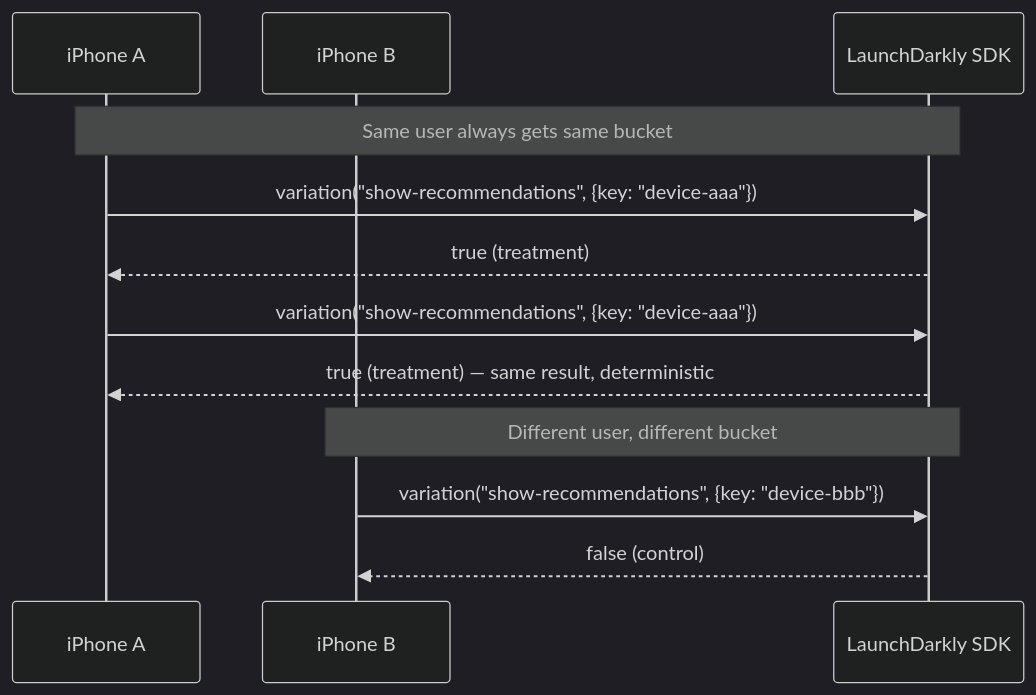
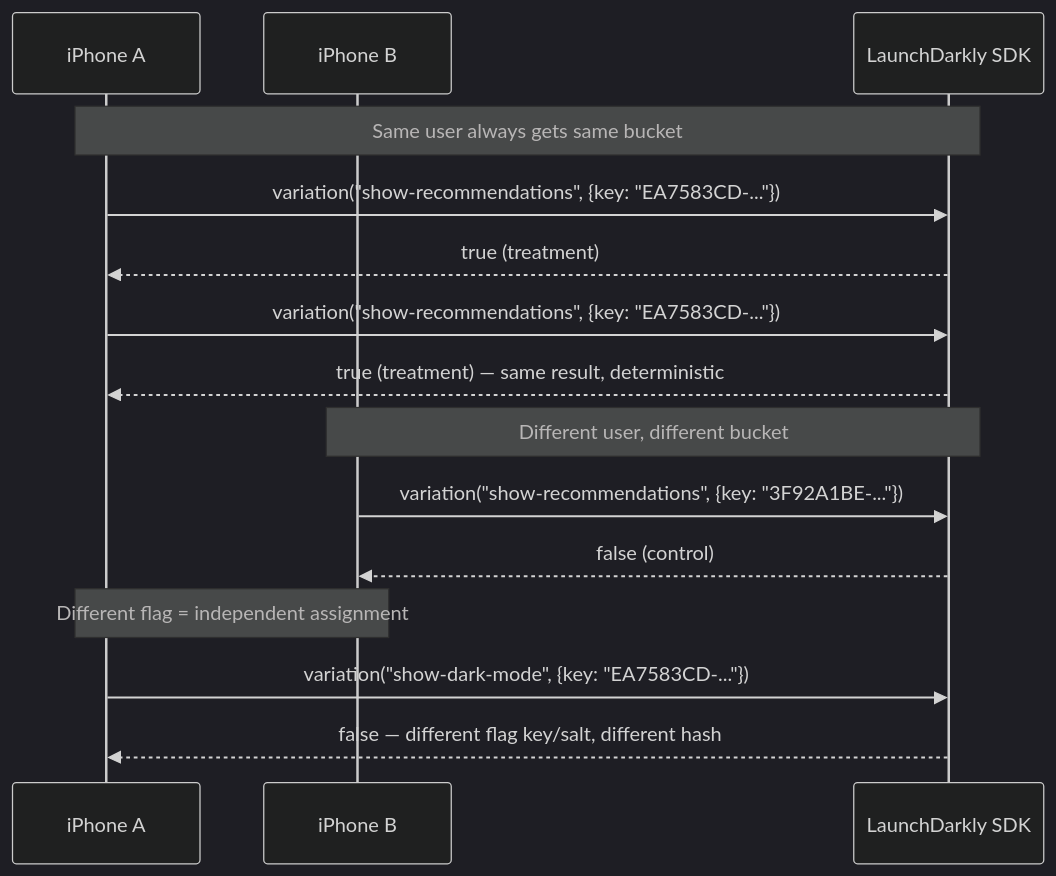
One commit to rtodea/launch-darkly-poc changed the fourth of 4 diagrams in docs/bucket-assignment.md. Above: the diagram before and after it, drawn with Mermaid (dark theme). The commit also changed other lines of this file, not shown here.

First line of the commit message:
Expand bucket assignment docs with SDK source, math proof, iOS UUIDs

````diff
--- a/docs/bucket-assignment.md
+++ b/docs/bucket-assignment.md
@@ -45,17 +260,21 @@
 ```mermaid
 sequenceDiagram
     participant App1 as iPhone A
     participant App2 as iPhone B
     participant LD as LaunchDarkly SDK
 
     Note over App1,LD: Same user always gets same bucket
-    App1->>LD: variation("show-recommendations", {key: "device-aaa"})
+    App1->>LD: variation("show-recommendations", {key: "EA7583CD-..."})
     LD-->>App1: true (treatment)
 
-    App1->>LD: variation("show-recommendations", {key: "device-aaa"})
+    App1->>LD: variation("show-recommendations", {key: "EA7583CD-..."})
     LD-->>App1: true (treatment) — same result, deterministic
 
     Note over App2,LD: Different user, different bucket
-    App2->>LD: variation("show-recommendations", {key: "device-bbb"})
+    App2->>LD: variation("show-recommendations", {key: "3F92A1BE-..."})
     LD-->>App2: false (control)
+
+    Note over App1,App2: Different flag = independent assignment
+    App1->>LD: variation("show-dark-mode", {key: "EA7583CD-..."})
+    LD-->>App1: false — different flag key/salt, different hash
 ```
````
